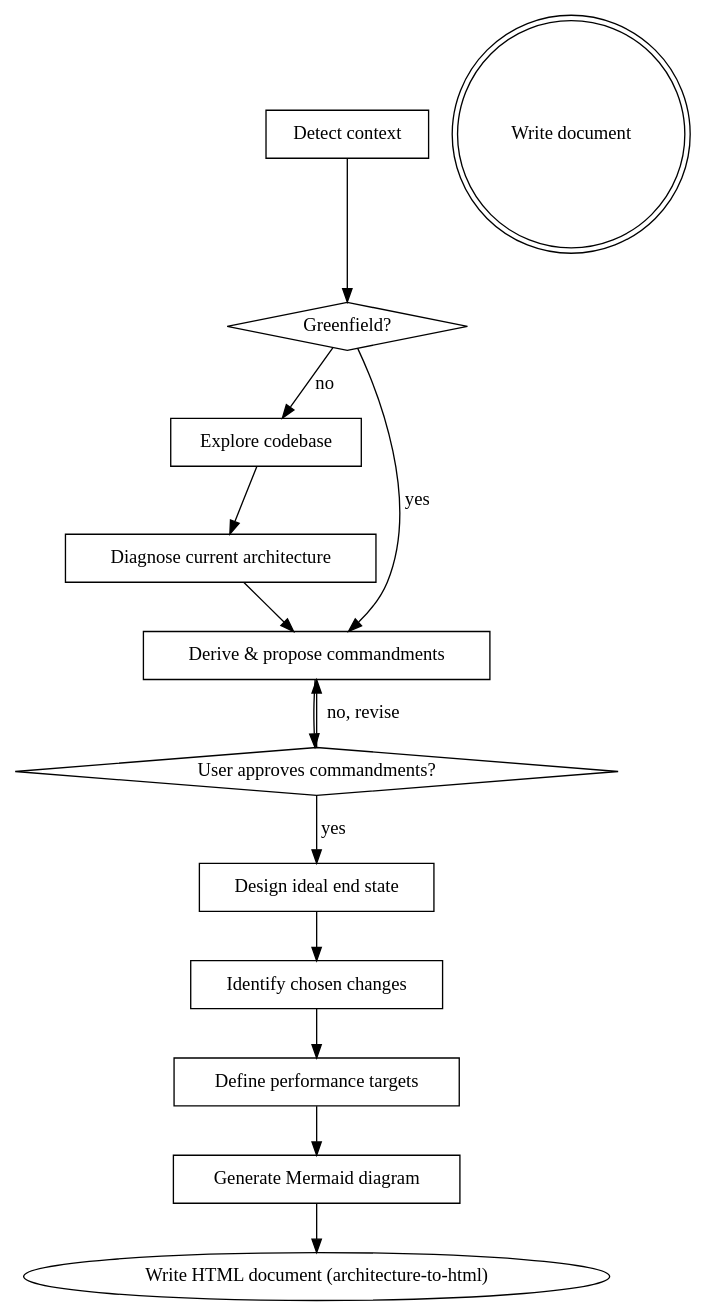
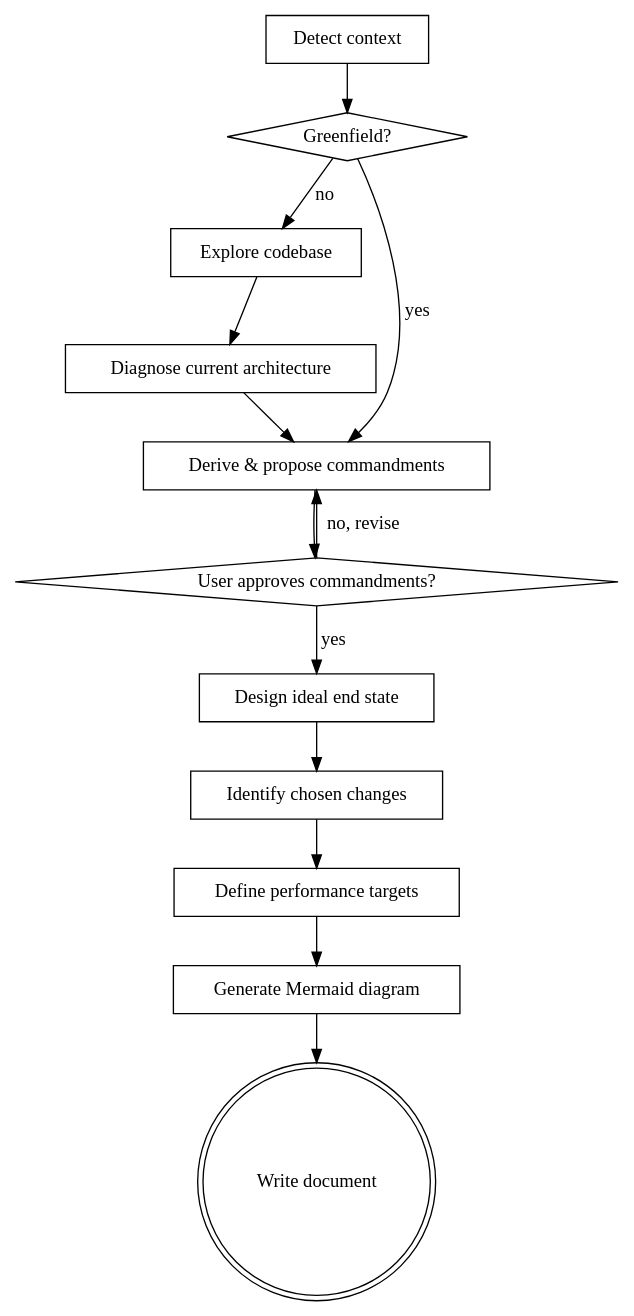
One commit to ashvinbondada/claude-code-skills changed the diagram in architecture-document.md. Above: the diagram before and after it, drawn with Graphviz. The commit also changed other lines of this file and 4 other files, not shown here.

First line of the commit message:
Write loop documents as markdown instead of HTML

````diff
--- a/architecture-document.md
+++ b/architecture-document.md
@@ -35,28 +34,28 @@
 ```dot
 digraph architecture_document {
     "Detect context" [shape=box];
     "Greenfield?" [shape=diamond];
     "Explore codebase" [shape=box];
     "Diagnose current architecture" [shape=box];
     "Derive & propose commandments" [shape=box];
     "User approves commandments?" [shape=diamond];
     "Design ideal end state" [shape=box];
     "Identify chosen changes" [shape=box];
     "Define performance targets" [shape=box];
     "Generate Mermaid diagram" [shape=box];
     "Write document" [shape=doublecircle];
 
     "Detect context" -> "Greenfield?";
     "Greenfield?" -> "Derive & propose commandments" [label="yes"];
     "Greenfield?" -> "Explore codebase" [label="no"];
     "Explore codebase" -> "Diagnose current architecture";
     "Diagnose current architecture" -> "Derive & propose commandments";
     "Derive & propose commandments" -> "User approves commandments?";
     "User approves commandments?" -> "Derive & propose commandments" [label="no, revise"];
     "User approves commandments?" -> "Design ideal end state" [label="yes"];
     "Design ideal end state" -> "Identify chosen changes";
     "Identify chosen changes" -> "Define performance targets";
     "Define performance targets" -> "Generate Mermaid diagram";
-    "Generate Mermaid diagram" -> "Write HTML document (architecture-to-html)";
+    "Generate Mermaid diagram" -> "Write document";
 }
 ```
````
